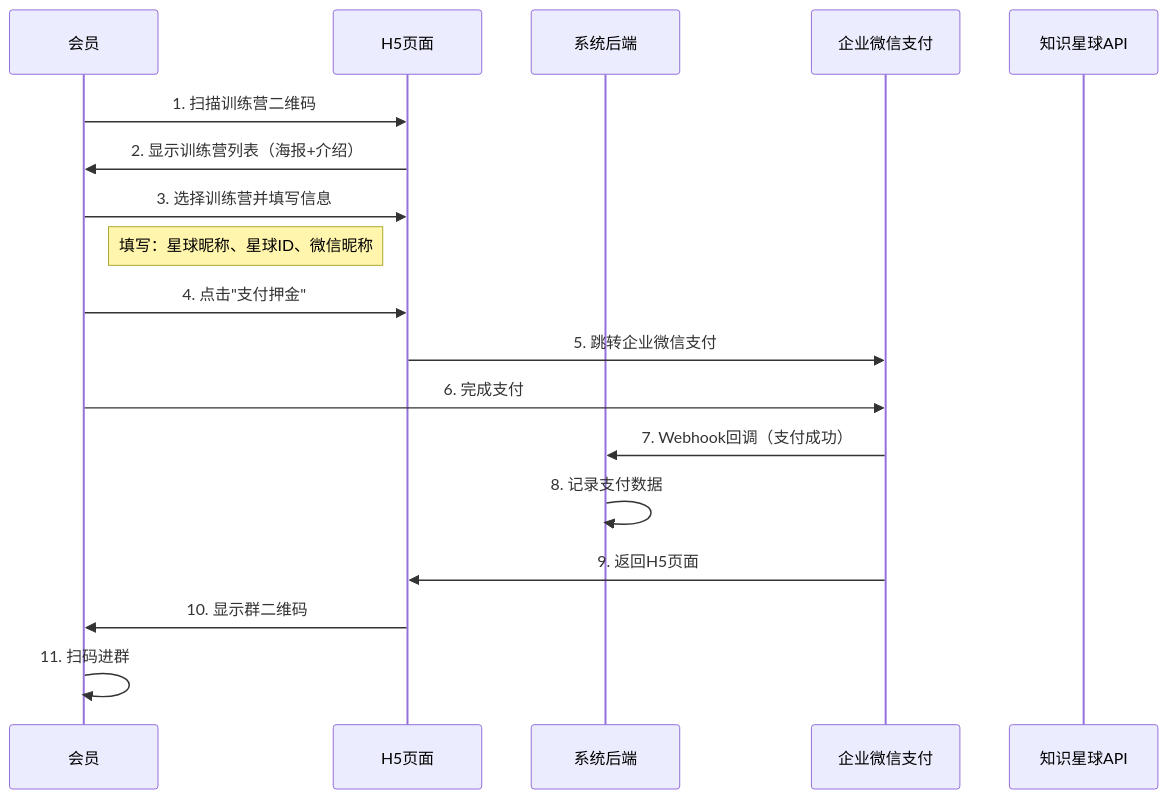
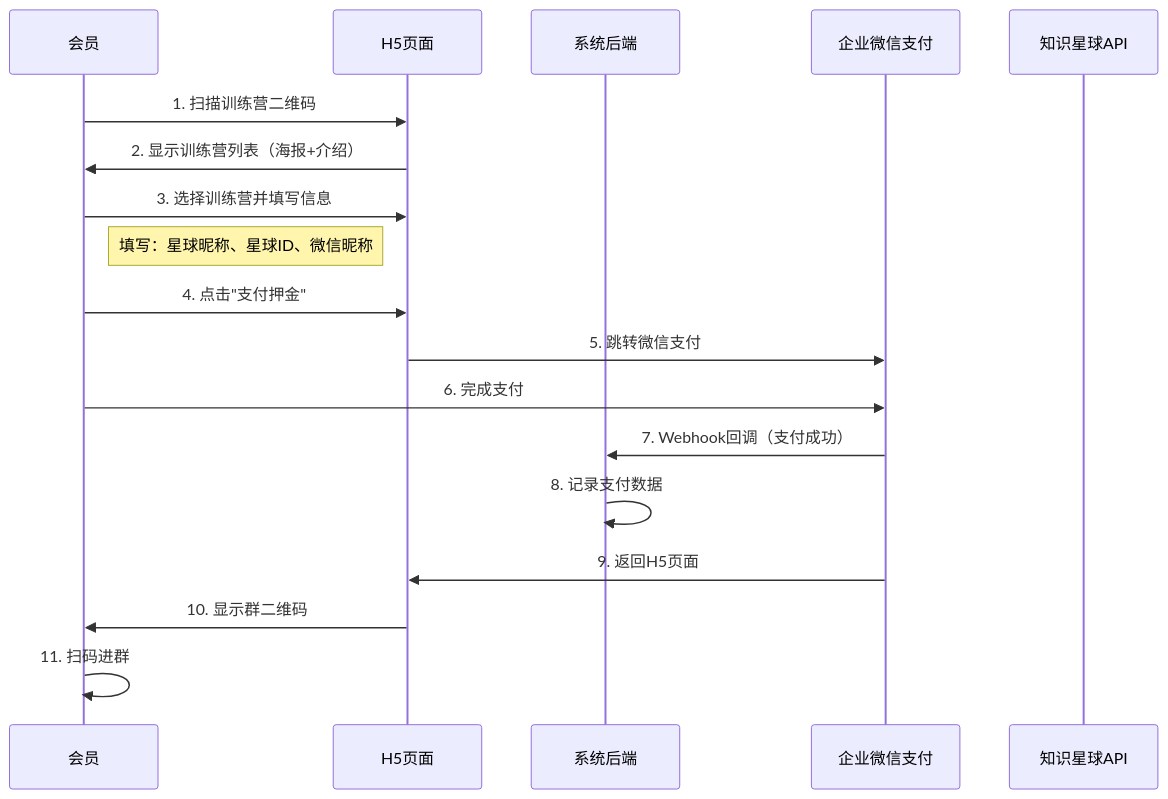
Before and after one commit to yiancode/AutoDepositRefundAgent: the first of 4 diagrams in docs/PRD.md, drawn with Mermaid. The commit also changed other lines of this file and 19 other files, not shown here.

````diff
--- a/docs/PRD.md
+++ b/docs/PRD.md
@@ -65,21 +65,21 @@
 ```mermaid
 sequenceDiagram
     participant M as 会员
     participant H5 as H5页面
     participant SYS as 系统后端
     participant WX as 企业微信支付
     participant ZS as 知识星球API
 
     M->>H5: 1. 扫描训练营二维码
     H5->>M: 2. 显示训练营列表（海报+介绍）
     M->>H5: 3. 选择训练营并填写信息
     Note right of M: 填写：星球昵称、星球ID、微信昵称
     M->>H5: 4. 点击"支付押金"
-    H5->>WX: 5. 跳转企业微信支付
+    H5->>WX: 5. 跳转微信支付
     M->>WX: 6. 完成支付
     WX->>SYS: 7. Webhook回调（支付成功）
     SYS->>SYS: 8. 记录支付数据
     WX->>H5: 9. 返回H5页面
     H5->>M: 10. 显示群二维码
     M->>M: 11. 扫码进群
 ```
````
